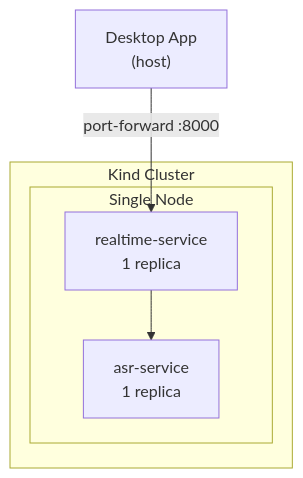
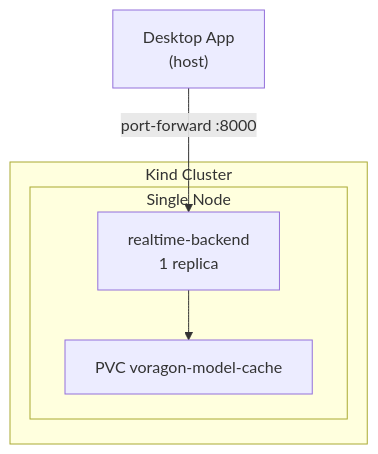
One commit to kazusa931209-cmd/Voragon changed the diagram in docs/operations/kubernetes-local.md. Above: the diagram before and after it, drawn with Mermaid. The commit also changed other lines of this file and 19 other files, not shown here.

````diff
--- a/docs/operations/kubernetes-local.md
+++ b/docs/operations/kubernetes-local.md
@@ -23,12 +24,12 @@
 ```mermaid
 flowchart TB
     subgraph kind ["Kind Cluster"]
         subgraph node ["Single Node"]
-            RT["realtime-service<br/>1 replica"]
-            ASR["asr-service<br/>1 replica"]
+            RT["realtime-backend<br/>1 replica"]
+            PVC["PVC voragon-model-cache"]
         end
     end
 
     Desktop["Desktop App<br/>(host)"] -->|"port-forward :8000"| RT
-    RT --> ASR
+    RT --> PVC
 ```
````
